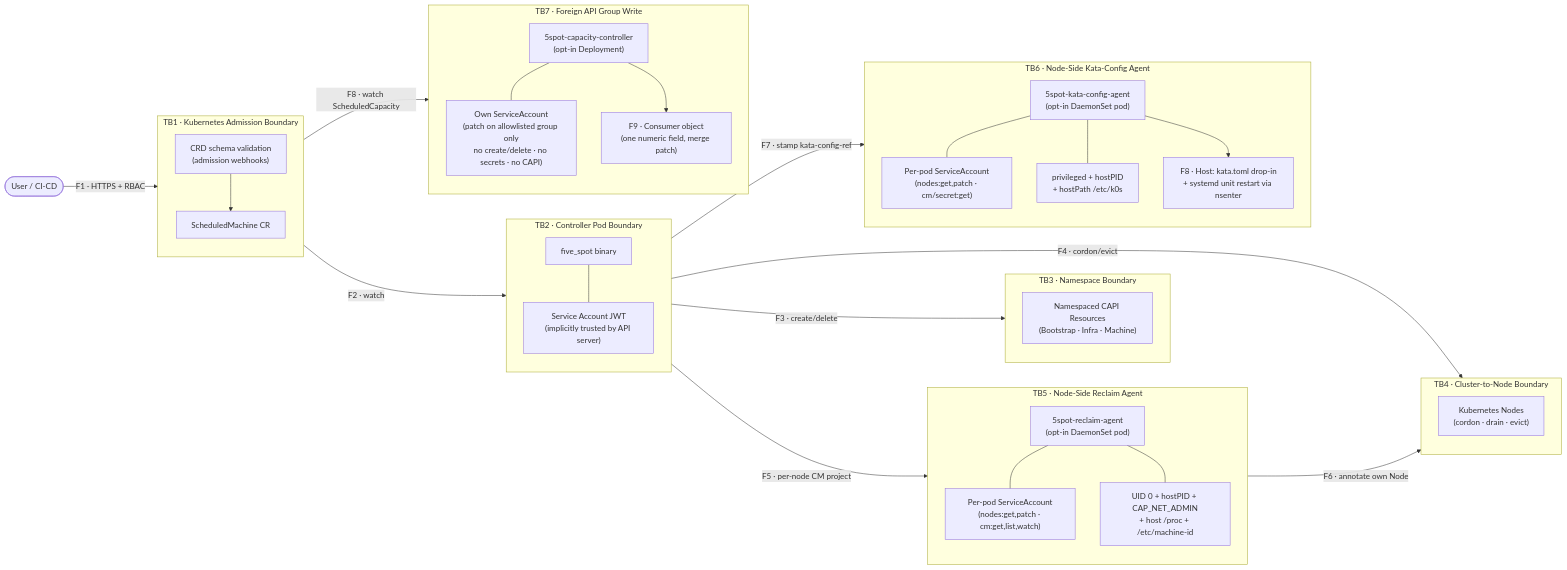
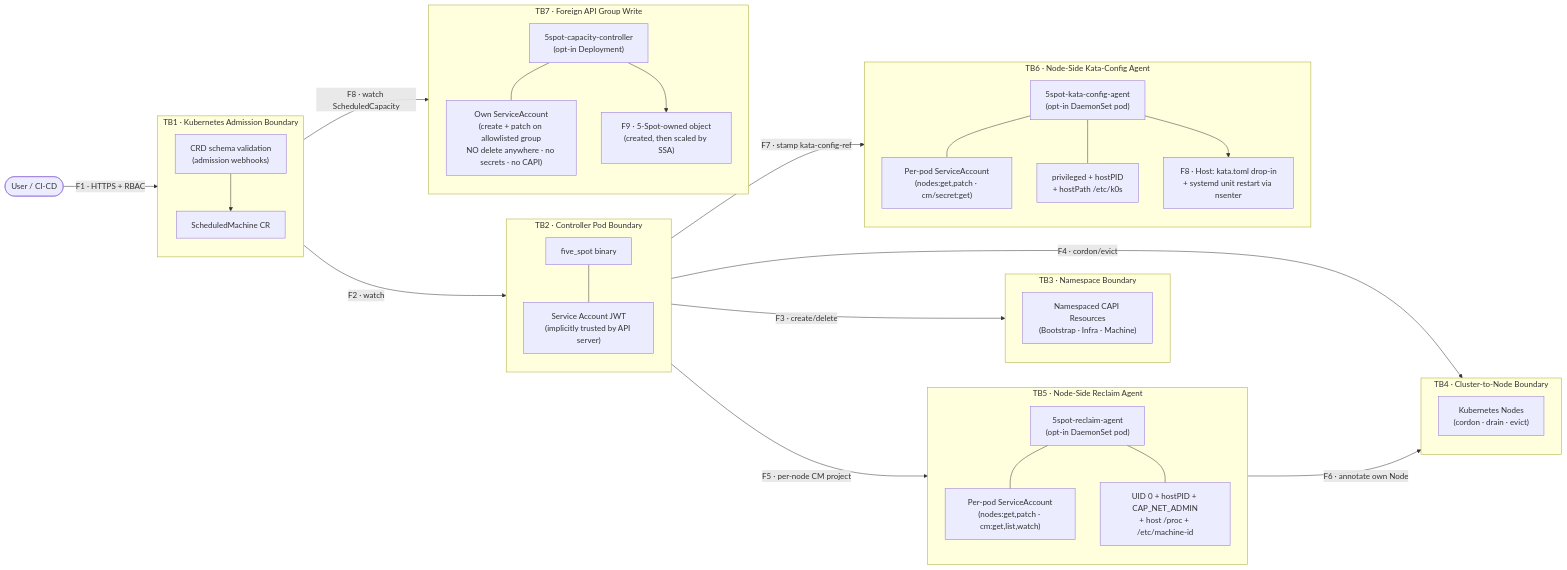
The second of 2 diagrams in docs/src/security/threat-model.md (finos/5-spot), drawn with Mermaid before and after one commit. The commit also changed other lines of this file and 31 other files, not shown here.

First line of the commit message:
docs(adr): 5-Spot creates and owns the capacity object (ADR-0016) (#183)

````diff
--- a/docs/src/security/threat-model.md
+++ b/docs/src/security/threat-model.md
@@ -134,66 +156,66 @@
 ```mermaid
 flowchart LR
     User(["User / CI-CD"])
 
     subgraph TB1["TB1 · Kubernetes Admission Boundary"]
         direction TB
         AW["CRD schema validation\n(admission webhooks)"]
         SM["ScheduledMachine CR"]
         AW --> SM
     end
 
     subgraph TB2["TB2 · Controller Pod Boundary"]
         direction TB
         Bin["five_spot binary"]
         SA["Service Account JWT\n(implicitly trusted by API server)"]
         Bin --- SA
     end
 
     subgraph TB3["TB3 · Namespace Boundary"]
         direction TB
         NS["Namespaced CAPI Resources\n(Bootstrap · Infra · Machine)"]
     end
 
     subgraph TB4["TB4 · Cluster-to-Node Boundary"]
         direction TB
         Nodes["Kubernetes Nodes\n(cordon · drain · evict)"]
     end
 
     subgraph TB5["TB5 · Node-Side Reclaim Agent"]
         direction TB
         Agent["5spot-reclaim-agent\n(opt-in DaemonSet pod)"]
         AgentSA["Per-pod ServiceAccount\n(nodes:get,patch · cm:get,list,watch)"]
         Caps["UID 0 + hostPID + CAP_NET_ADMIN\n+ host /proc + /etc/machine-id"]
         Agent --- AgentSA
         Agent --- Caps
     end
 
     subgraph TB6["TB6 · Node-Side Kata-Config Agent"]
         direction TB
         KAgent["5spot-kata-config-agent\n(opt-in DaemonSet pod)"]
         KSA["Per-pod ServiceAccount\n(nodes:get,patch · cm/secret:get)"]
         KCaps["privileged + hostPID\n+ hostPath /etc/k0s"]
         KHost["F8 · Host: kata.toml drop-in\n+ systemd unit restart via nsenter"]
         KAgent --- KSA
         KAgent --- KCaps
         KAgent --> KHost
     end
 
     subgraph TB7["TB7 · Foreign API Group Write"]
         direction TB
         CapCtl["5spot-capacity-controller\n(opt-in Deployment)"]
-        CapSA["Own ServiceAccount\n(patch on allowlisted group only\nno create/delete · no secrets · no CAPI)"]
-        Target["F9 · Consumer object\n(one numeric field, merge patch)"]
+        CapSA["Own ServiceAccount\n(create + patch on allowlisted group\nNO delete anywhere · no secrets · no CAPI)"]
+        Target["F9 · 5-Spot-owned object\n(created, then scaled by SSA)"]
         CapCtl --- CapSA
         CapCtl --> Target
     end
 
     User -->|"F1 · HTTPS + RBAC"| TB1
     TB1 -->|"F2 · watch"| TB2
     TB2 -->|"F3 · create/delete"| TB3
     TB2 -->|"F4 · cordon/evict"| TB4
     TB2 -->|"F5 · per-node CM project"| TB5
     TB5 -->|"F6 · annotate own Node"| TB4
     TB2 -->|"F7 · stamp kata-config-ref"| TB6
     TB1 -->|"F8 · watch ScheduledCapacity"| TB7
 ```
````
